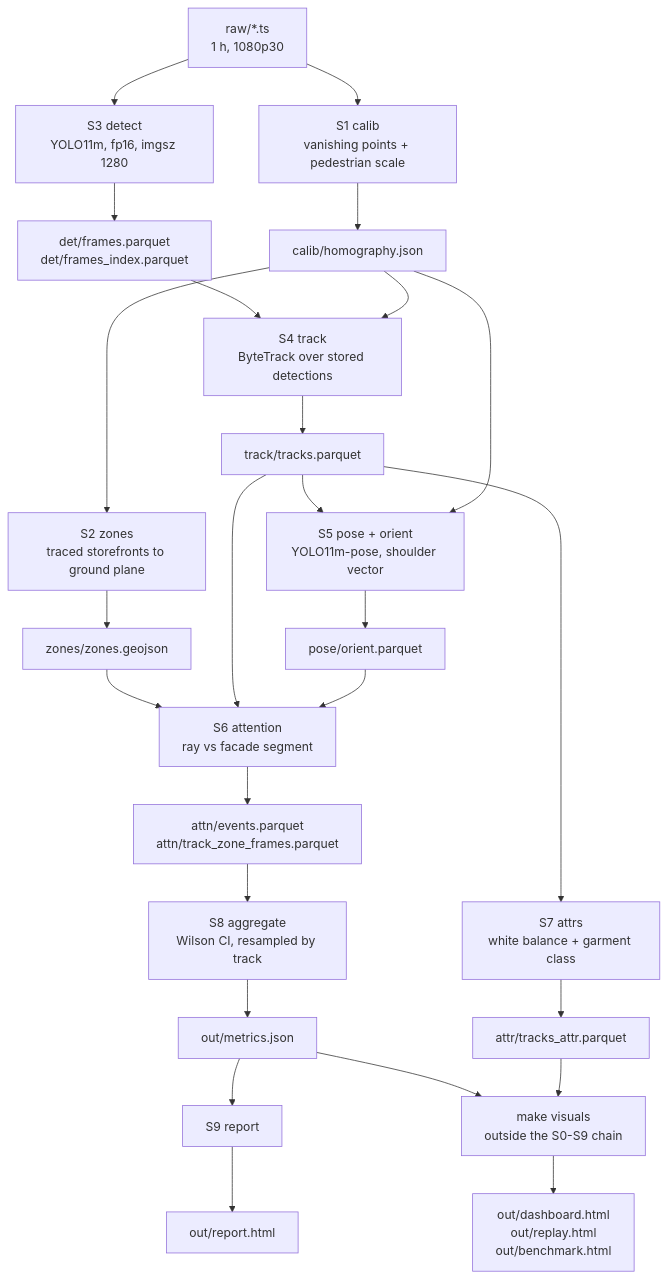
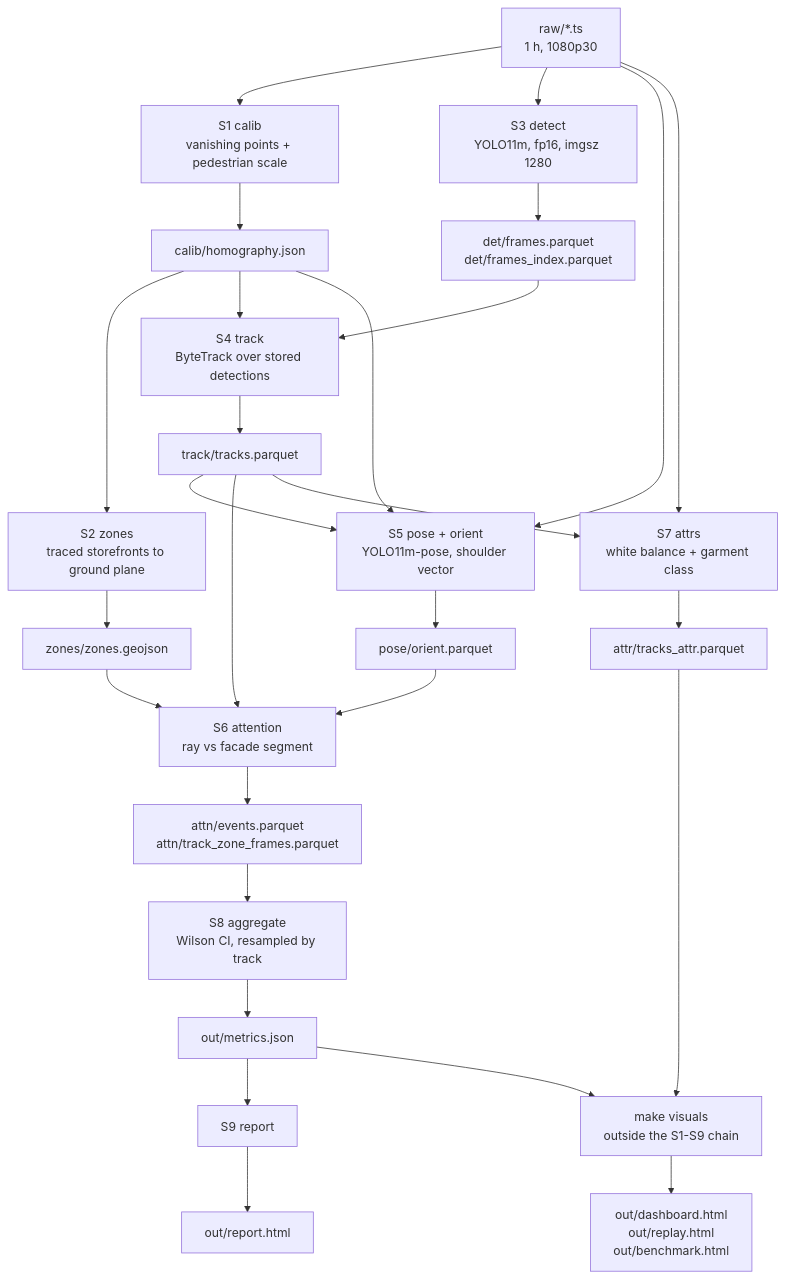
Before and after one commit to DebugSensei/cam01-kabukicho: the diagram in README.md, drawn with Mermaid. The commit also changed other lines of this file, not shown here.

````diff
--- a/README.md
+++ b/README.md
@@ -93,38 +100,40 @@
 ```mermaid
 flowchart TD
     RAW["raw/*.ts<br/>1 h, 1080p30"]
 
     RAW --> S1
     S1["S1 calib<br/>vanishing points + pedestrian scale"] --> A1["calib/homography.json"]
     A1 --> S2["S2 zones<br/>traced storefronts to ground plane"]
     S2 --> A2["zones/zones.geojson"]
 
     RAW --> S3["S3 detect<br/>YOLO11m, fp16, imgsz 1280"]
     S3 --> A3["det/frames.parquet<br/>det/frames_index.parquet"]
 
     A3 --> S4["S4 track<br/>ByteTrack over stored detections"]
     A1 --> S4
     S4 --> A4["track/tracks.parquet"]
 
     A4 --> S5["S5 pose + orient<br/>YOLO11m-pose, shoulder vector"]
+    RAW --> S5
+    RAW --> S7
     A1 --> S5
     S5 --> A5["pose/orient.parquet"]
 
     A2 --> S6["S6 attention<br/>ray vs facade segment"]
     A4 --> S6
     A5 --> S6
     S6 --> A6["attn/events.parquet<br/>attn/track_zone_frames.parquet"]
 
     A4 --> S7["S7 attrs<br/>white balance + garment class"]
     S7 --> A7["attr/tracks_attr.parquet"]
 
     A6 --> S8["S8 aggregate<br/>Wilson CI, resampled by track"]
     S8 --> A8["out/metrics.json"]
 
     A8 --> S9["S9 report"]
     S9 --> OUT["out/report.html"]
 
-    A8 --> VIS["make visuals<br/>outside the S0-S9 chain"]
+    A8 --> VIS["make visuals<br/>outside the S1-S9 chain"]
     A7 --> VIS
     VIS --> OUT2["out/dashboard.html<br/>out/replay.html<br/>out/benchmark.html"]
 ```
````
